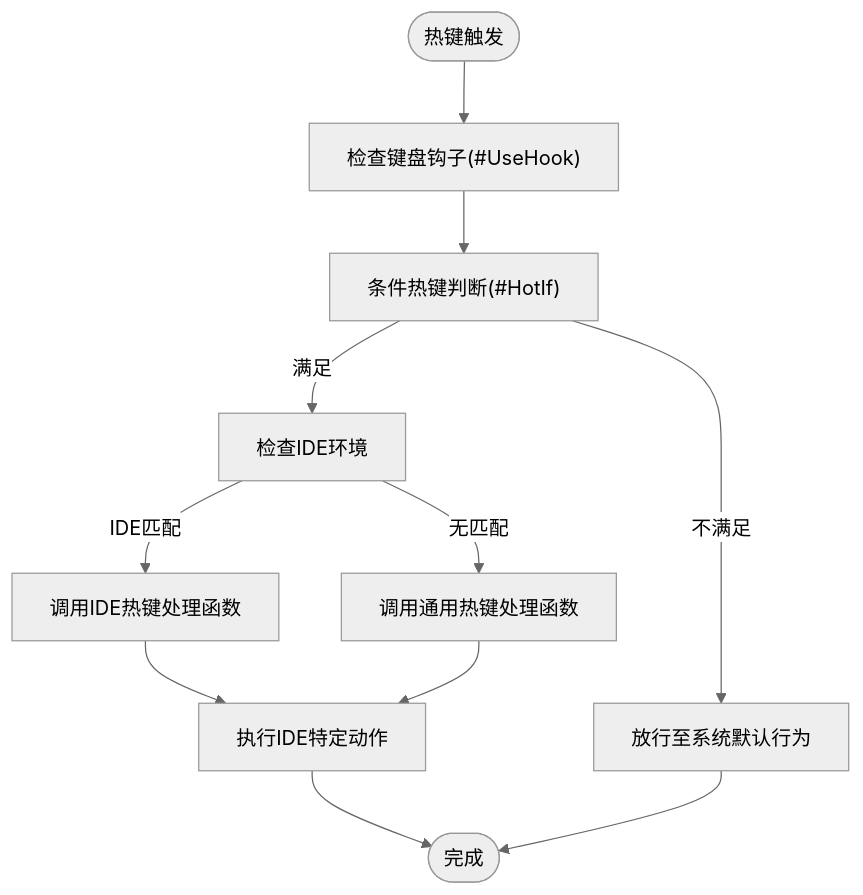
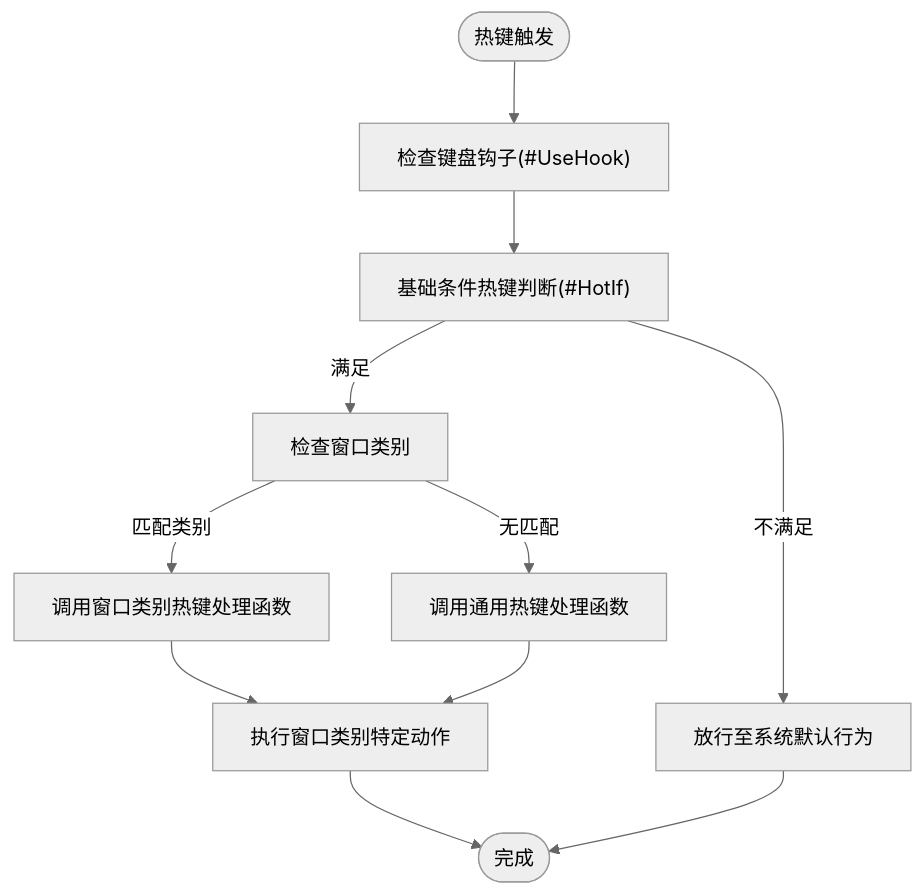
Before and after one commit to wangys-123doit/hotkey: the fourth of 8 diagrams in .qoder/repowiki/zh/content/核心功能/热键管理系统.md, drawn with Mermaid (neutral theme). The commit also changed other lines of this file and 6 other files, not shown here.

````diff
--- a/.qoder/repowiki/zh/content/核心功能/热键管理系统.md
+++ b/.qoder/repowiki/zh/content/核心功能/热键管理系统.md
@@ -163,13 +151,13 @@
 ```mermaid
 flowchart TD
 Start(["热键触发"]) --> CheckHook["检查键盘钩子(#UseHook)"]
-CheckHook --> CheckHotIf["条件热键判断(#HotIf)"]
-CheckHotIf --> |满足| CheckIDE["检查IDE环境"]
+CheckHook --> CheckHotIf["基础条件热键判断(#HotIf)"]
+CheckHotIf --> |满足| CheckCategory["检查窗口类别"]
 CheckHotIf --> |不满足| PassThrough["放行至系统默认行为"]
-CheckIDE --> |IDE匹配| CallIDEHandler["调用IDE热键处理函数"]
-CheckIDE --> |无匹配| CallGeneralHandler["调用通用热键处理函数"]
-CallIDEHandler --> ExecAction["执行IDE特定动作"]
+CheckCategory --> |匹配类别| CallCategoryHandler["调用窗口类别热键处理函数"]
+CheckCategory --> |无匹配| CallGeneralHandler["调用通用热键处理函数"]
+CallCategoryHandler --> ExecAction["执行窗口类别特定动作"]
 CallGeneralHandler --> ExecAction
 ExecAction --> End(["完成"])
 PassThrough --> End
 ```
````
